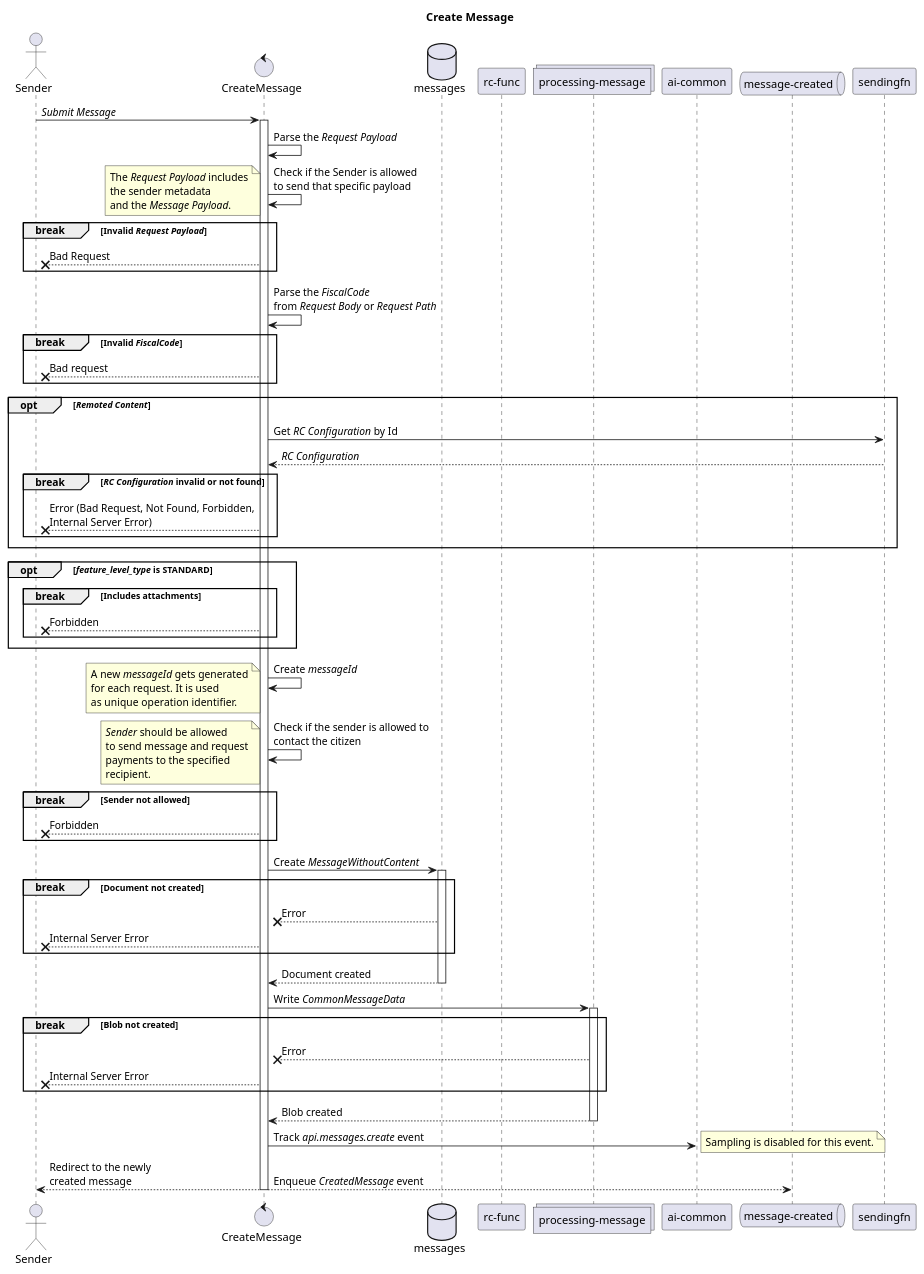
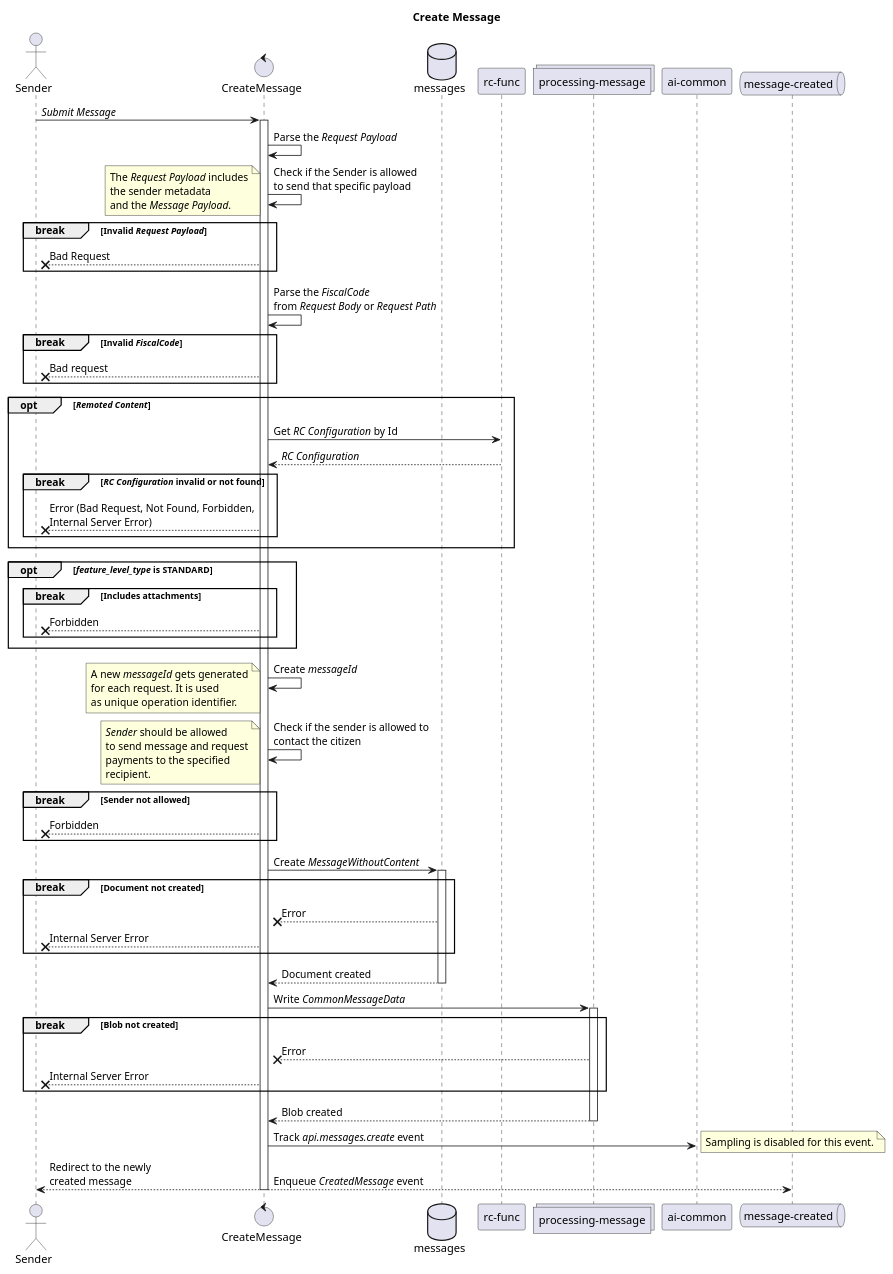
One commit to pagopa/io-messages changed the diagram in docs/CreateMessage/create-message.plantuml. Above: the diagram before and after it, drawn with PlantUML. The commit also changed 1 other file, not shown here.

```diff
--- a/docs/CreateMessage/create-message.plantuml
+++ b/docs/CreateMessage/create-message.plantuml
@@ -1,98 +1,98 @@
 @startuml create-message
 !pragma teoz true
 
 title Create Message
 
 actor sender as "Sender"
 control fn as "CreateMessage"
 database db as "messages"
 participant rcfn as "rc-func"
 collections st as "processing-message"
 participant ai as "ai-common"
 queue q as "message-created"
 
 sender -> fn ++: //Submit Message//
 
 fn -> fn: Parse the //Request Payload//
 
 fn -> fn: Check if the Sender is allowed\nto send that specific payload
 
 note left
 The //Request Payload// includes
 the sender metadata
 and the //Message Payload//.
 end note
 
 break Invalid //Request Payload//
   fn --x sender: Bad Request
 end
 
 fn -> fn: Parse the //FiscalCode// \nfrom //Request Body// or //Request Path//
 
 break Invalid //FiscalCode//
   fn --x sender: Bad request
 end
 
 opt //Remoted Content//
 
-  fn -> sendingfn: Get //RC Configuration// by Id
-  sendingfn --> fn: //RC Configuration//
+  fn -> rcfn: Get //RC Configuration// by Id
+  rcfn --> fn: //RC Configuration//
 
   break //RC Configuration// invalid or not found
     fn --x sender: Error (Bad Request, Not Found, Forbidden,\nInternal Server Error)
   end
 end
 
 opt //feature_level_type// is STANDARD
   break Includes attachments
     fn --x sender: Forbidden
   end
 end
 
 fn -> fn: Create //messageId//
 
 note left
 A new //messageId// gets generated
 for each request. It is used
 as unique operation identifier.
 end note
 
 fn -> fn: Check if the sender is allowed to\ncontact the citizen
 
 note left
 //Sender// should be allowed
 to send message and request
 payments to the specified
 recipient.
 end note
 
 break Sender not allowed
   fn --x sender: Forbidden
 end
 
 fn -> db ++: Create //MessageWithoutContent//
 
 break Document not created
   db --x fn: Error
   fn --x sender: Internal Server Error
 end
 
 db --> fn --: Document created
 
 fn -> st ++: Write //CommonMessageData//
 
 break Blob not created
   st --x fn: Error
   fn --x sender: Internal Server Error
 end
 
 st --> fn --: Blob created
 
 fn -> ai: Track //api.messages.create// event
 
 note right: Sampling is disabled for this event.
 
 fn --> sender: Redirect to the newly\ncreated message
 & fn --> q --: Enqueue //CreatedMessage// event
 
 @enduml
```
